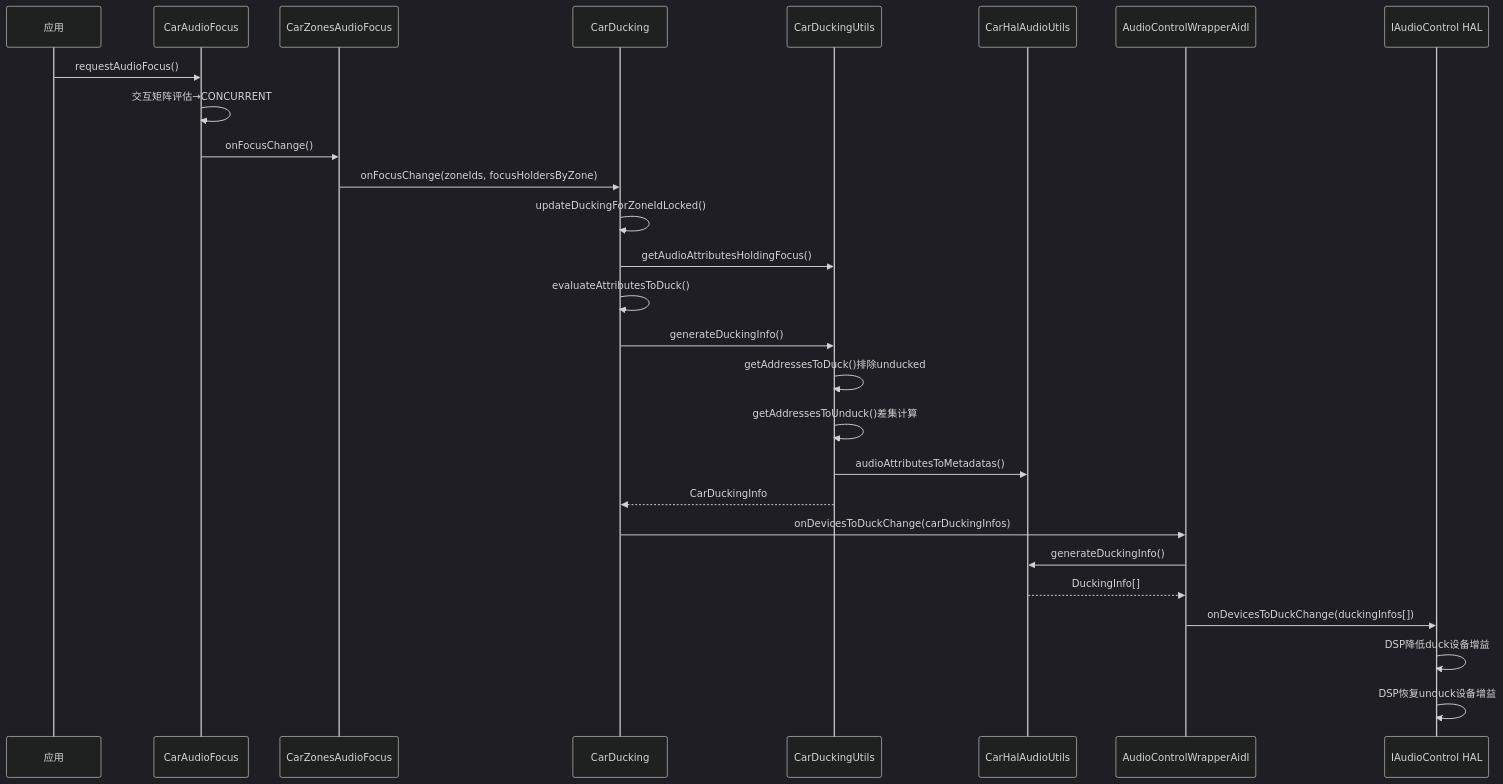
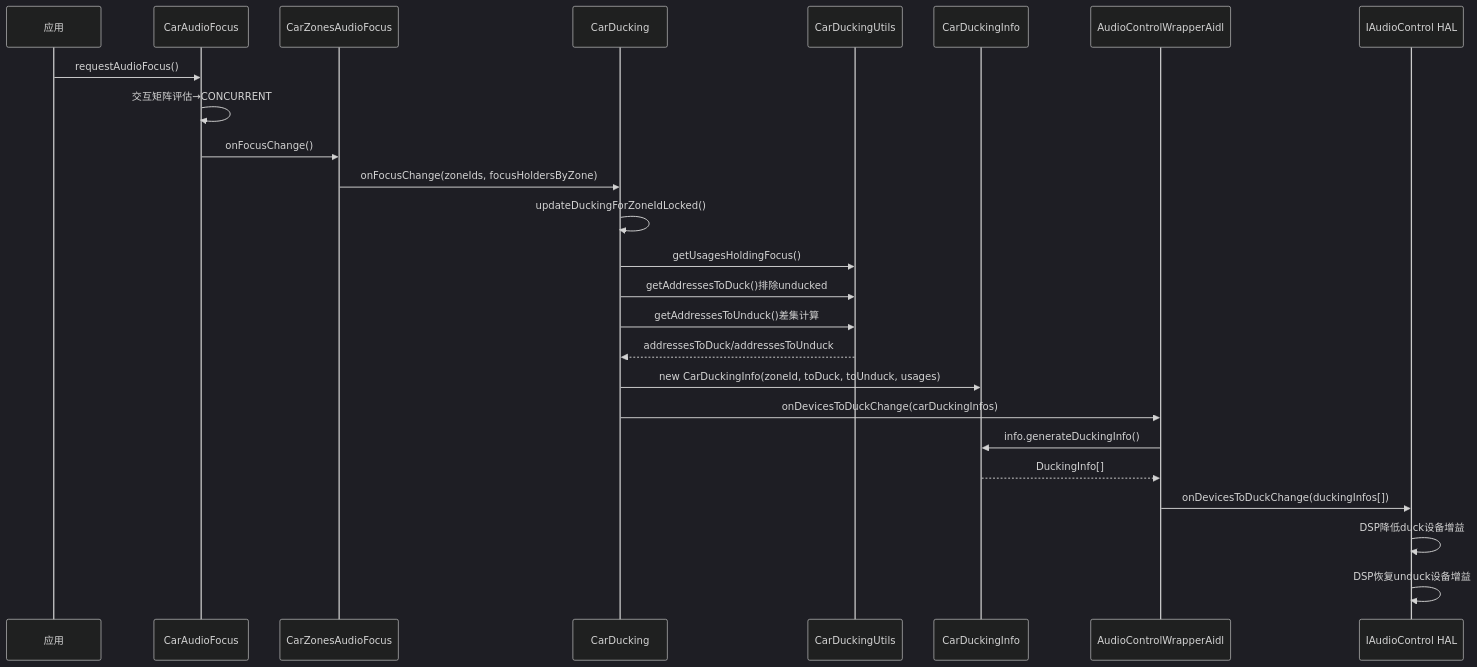
Before and after one commit to yanglinzhen1022/SA8295_AAOS_QNX_Audio_KnowledgeBase: the fifth of 5 diagrams in 10_AudioControl_HAL/10_10.4_Ducking机制.md, drawn with Mermaid (dark theme). The commit also changed other lines of this file and 16 other files, not shown here.

````diff
--- a/10_AudioControl_HAL/10_10.4_Ducking机制.md
+++ b/10_AudioControl_HAL/10_10.4_Ducking机制.md
@@ -182,30 +189,28 @@
 ```mermaid
 sequenceDiagram
     participant App as 应用
     participant CAF as CarAudioFocus
     participant CZAF as CarZonesAudioFocus
     participant CD as CarDucking
     participant CDU as CarDuckingUtils
-    participant CHAU as CarHalAudioUtils
+    participant CDI as CarDuckingInfo
     participant ACW as AudioControlWrapperAidl
     participant HAL as IAudioControl HAL
 
     App->>CAF: requestAudioFocus()
     CAF->>CAF: 交互矩阵评估→CONCURRENT
     CAF->>CZAF: onFocusChange()
     CZAF->>CD: onFocusChange(zoneIds, focusHoldersByZone)
     CD->>CD: updateDuckingForZoneIdLocked()
-    CD->>CDU: getAudioAttributesHoldingFocus()
-    CD->>CD: evaluateAttributesToDuck()
-    CD->>CDU: generateDuckingInfo()
-    CDU->>CDU: getAddressesToDuck()排除unducked
-    CDU->>CDU: getAddressesToUnduck()差集计算
-    CDU->>CHAU: audioAttributesToMetadatas()
-    CDU-->>CD: CarDuckingInfo
+    CD->>CDU: getUsagesHoldingFocus()
+    CD->>CDU: getAddressesToDuck()排除unducked
+    CD->>CDU: getAddressesToUnduck()差集计算
+    CDU-->>CD: addressesToDuck/addressesToUnduck
+    CD->>CDI: new CarDuckingInfo(zoneId, toDuck, toUnduck, usages)
     CD->>ACW: onDevicesToDuckChange(carDuckingInfos)
-    ACW->>CHAU: generateDuckingInfo()
-    CHAU-->>ACW: DuckingInfo[]
+    ACW->>CDI: info.generateDuckingInfo()
+    CDI-->>ACW: DuckingInfo[]
     ACW->>HAL: onDevicesToDuckChange(duckingInfos[])
     HAL->>HAL: DSP降低duck设备增益
     HAL->>HAL: DSP恢复unduck设备增益
 ```
````
